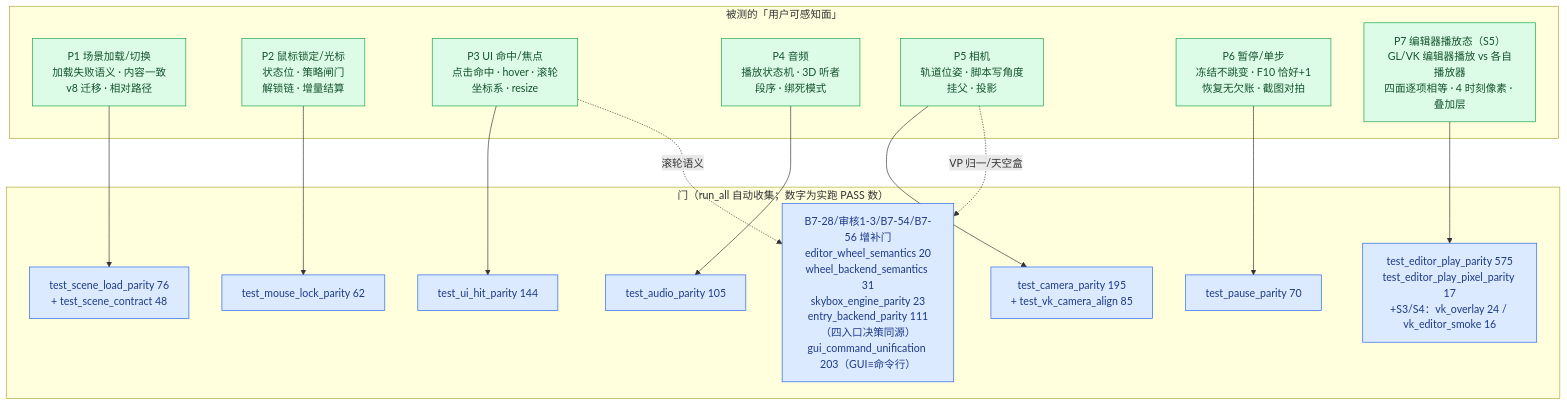
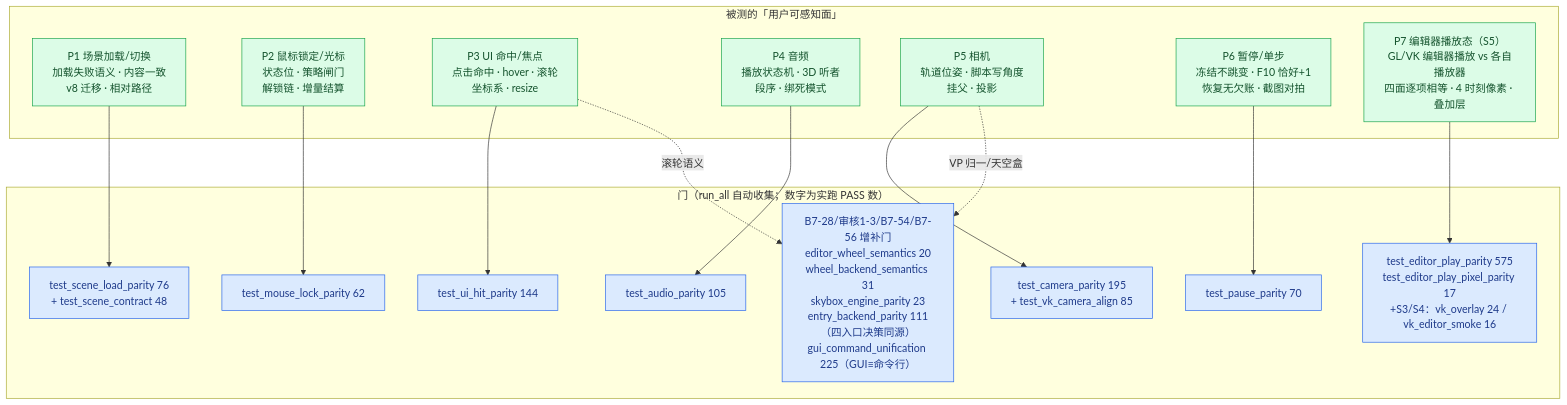
Before and after one commit to lhy302/WeaveEngine: diagram 22 of 23 in ARCHITECTURE.md, drawn with Mermaid. The commit also changed other lines of this file and 2 other files, not shown here.

````diff
--- a/ARCHITECTURE.md
+++ b/ARCHITECTURE.md
@@ -1213,33 +1222,33 @@
 ```mermaid
 flowchart TB
   subgraph FACES["被测的「用户可感知面」"]
     F1["P1 场景加载/切换<br/>加载失败语义 · 内容一致<br/>v8 迁移 · 相对路径"]:::ok
     F2["P2 鼠标锁定/光标<br/>状态位 · 策略闸门<br/>解锁链 · 增量结算"]:::ok
     F3["P3 UI 命中/焦点<br/>点击命中 · hover · 滚轮<br/>坐标系 · resize"]:::ok
     F4["P4 音频<br/>播放状态机 · 3D 听者<br/>段序 · 绑死模式"]:::ok
     F5["P5 相机<br/>轨道位姿 · 脚本写角度<br/>挂父 · 投影"]:::ok
     F6["P6 暂停/单步<br/>冻结不跳变 · F10 恰好+1<br/>恢复无欠账 · 截图对拍"]:::ok
     F7["P7 编辑器播放态（S5）<br/>GL/VK 编辑器播放 vs 各自播放器<br/>四面逐项相等 · 4 时刻像素 · 叠加层"]:::ok
   end
   subgraph GATES["门（run_all 自动收集；数字为实跑 PASS 数）"]
     G1["test_scene_load_parity 76<br/>+ test_scene_contract 48"]:::gate
     G2["test_mouse_lock_parity 62"]:::gate
     G3["test_ui_hit_parity 144"]:::gate
     G4["test_audio_parity 105"]:::gate
     G5["test_camera_parity 195<br/>+ test_vk_camera_align 85"]:::gate
     G6["test_pause_parity 70"]:::gate
     G7["test_editor_play_parity 575<br/>test_editor_play_pixel_parity 17<br/>+S3/S4：vk_overlay 24 / vk_editor_smoke 16"]:::gate
-    G8["B7-28/审核1-3/B7-54/B7-56 增补门<br/>editor_wheel_semantics 20<br/>wheel_backend_semantics 31<br/>skybox_engine_parity 23<br/>entry_backend_parity 111（四入口决策同源）<br/>gui_command_unification 203（GUI≡命令行）"]:::gate
+    G8["B7-28/审核1-3/B7-54/B7-56 增补门<br/>editor_wheel_semantics 20<br/>wheel_backend_semantics 31<br/>skybox_engine_parity 23<br/>entry_backend_parity 111（四入口决策同源）<br/>gui_command_unification 225（GUI≡命令行）"]:::gate
   end
   F1 --> G1
   F2 --> G2
   F3 --> G3
   F3 -.->|滚轮语义| G8
   F4 --> G4
   F5 --> G5
   F5 -.->|VP 归一/天空盒| G8
   F6 --> G6
   F7 --> G7
   classDef ok fill:#dcfce7,stroke:#16a34a,color:#14532d
   classDef gate fill:#dbeafe,stroke:#2563eb,color:#1e3a8a
 ```
````
